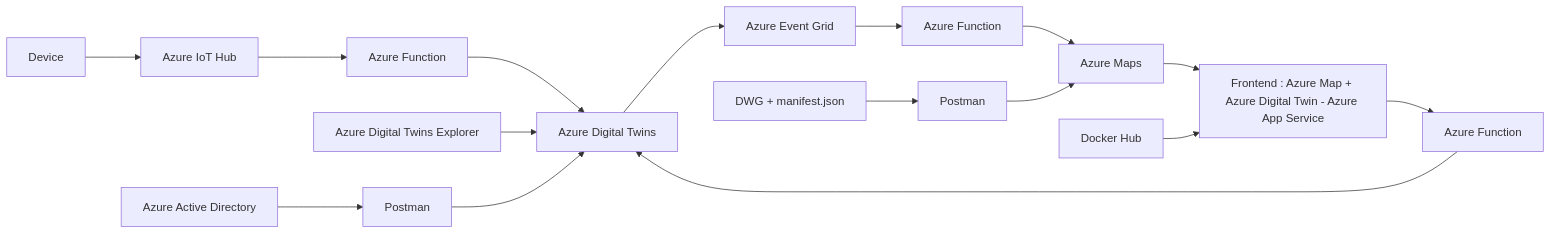
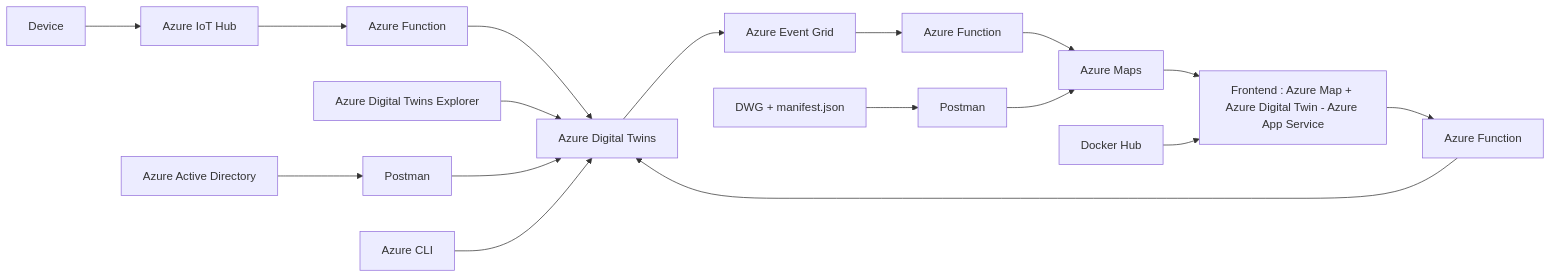
One commit to ArcherHuang/Examples-of-Azure-Digital-Twins changed the diagram in README.md. Above: the diagram before and after it, drawn with Mermaid.

````diff
--- a/README.md
+++ b/README.md
@@ -20,14 +20,15 @@
 ```mermaid
 flowchart LR
   A[Device] --> B[Azure IoT Hub]
   B --> C[Azure Function]
   C --> D[Azure Digital Twins]
   D --> E[Azure Event Grid] --> L[Azure Function] --> F[Azure Maps]
   G[Frontend : Azure Map + Azure Digital Twin - Azure App Service] --> H[Azure Function]
   H --> D
   I[Azure Digital Twins Explorer] --> D
   J[DWG + manifest.json] --> K[Postman]--> F
   F --> G
   N[Azure Active Directory] --> M[Postman] --> D
   O[Docker Hub] --> G
+  P[Azure CLI] --> D
 ```
````
